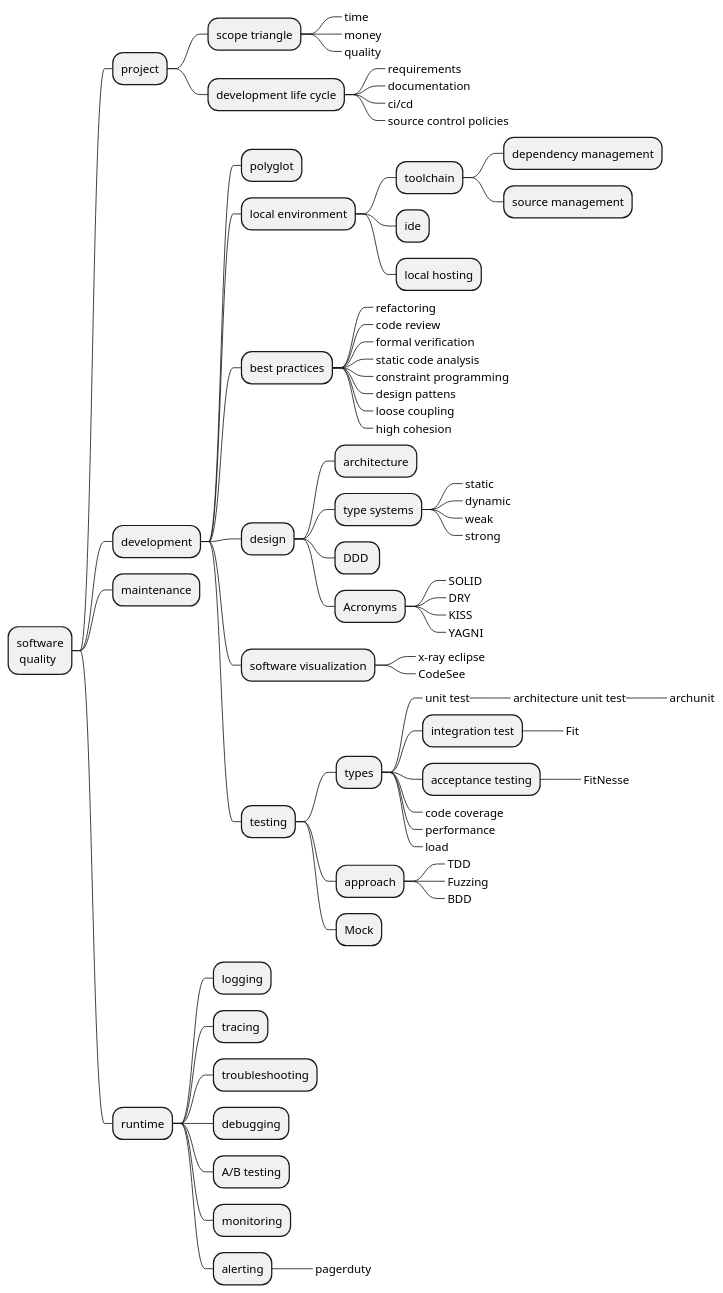
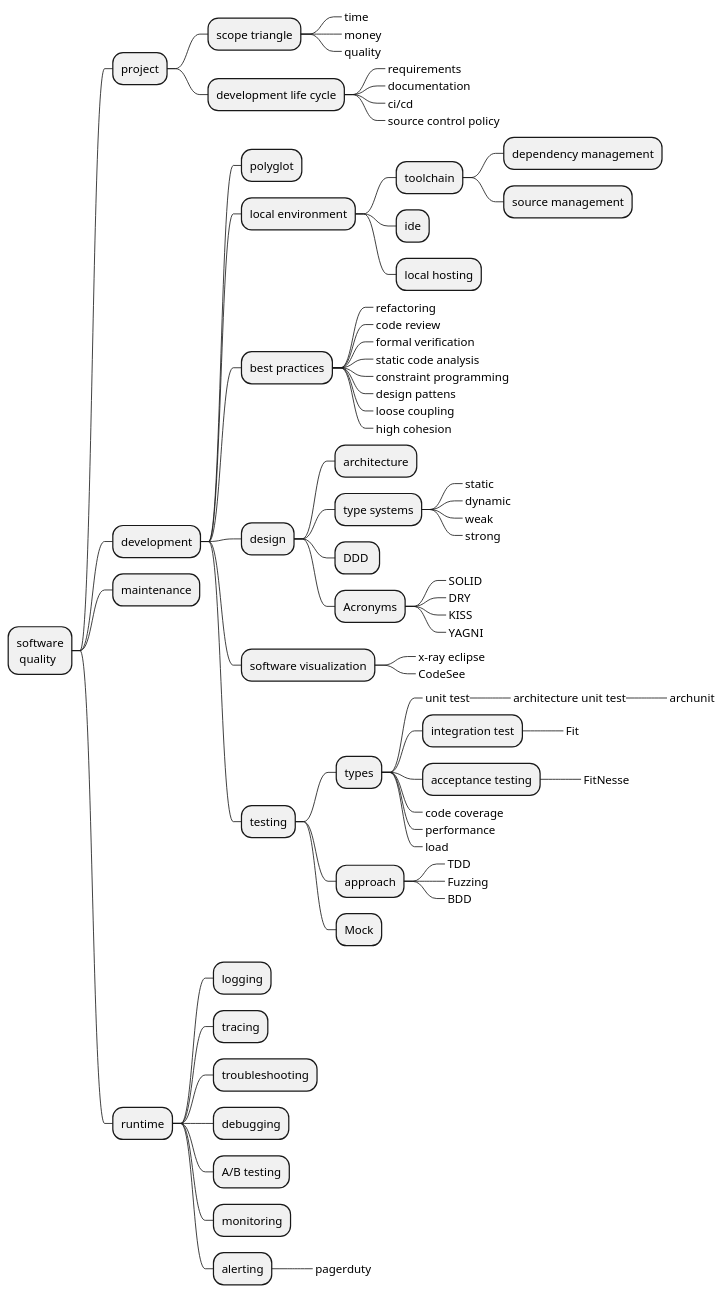
The diagram in software-quality-roadmap.iuml (levplotkin/code-quality-roadmap), drawn with PlantUML before and after one commit.

```diff
--- a/software-quality-roadmap.iuml
+++ b/software-quality-roadmap.iuml
@@ -1,73 +1,73 @@
 @startmindmap
 * software\n quality
  * project
   * scope triangle
    *_ time
    *_ money
    *_ quality
   * development life cycle
    *_ requirements
    *_ documentation
    *_ ci/cd
-   *_ source control policies
+   *_ source control policy
  * development
   * polyglot
   * local environment
    * toolchain
     * dependency management
     * source management
    * ide
    * local hosting
   * best practices
    *_ refactoring
    *_ code review
    *_ formal verification
    *_ static code analysis
    *_ constraint programming
    *_ design pattens
    *_ loose coupling
    *_ high cohesion
   * design
    * architecture
    * type systems
     *_ static
     *_ dynamic
     *_ weak
     *_ strong
    * DDD 
    * Acronyms
     *_ SOLID
     *_ DRY
     *_ KISS
     *_ YAGNI
   * software visualization
    *_ x-ray eclipse
    *_ CodeSee
   * testing
    * types
     *_ unit test
      *_ architecture unit test
       *_ archunit
     * integration test
      *_ Fit
     * acceptance testing
      *_ FitNesse
     *_ code coverage
     *_ performance
     *_ load
    * approach
     *_ TDD
     *_ Fuzzing
     *_ BDD
    * Mock
  * maintenance
  * runtime
   * logging
   * tracing
   * troubleshooting
   * debugging
   * A/B testing
   * monitoring
   * alerting
    *_ pagerduty
 @endmindmap
```
